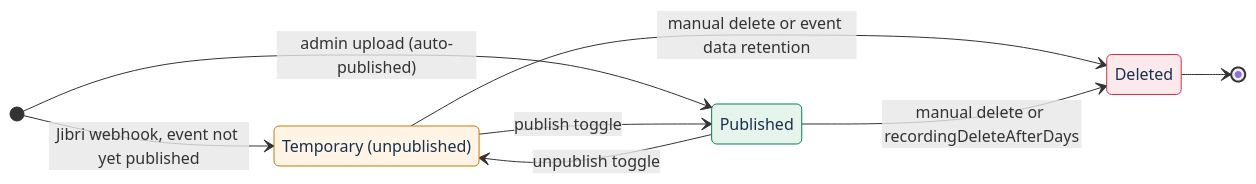
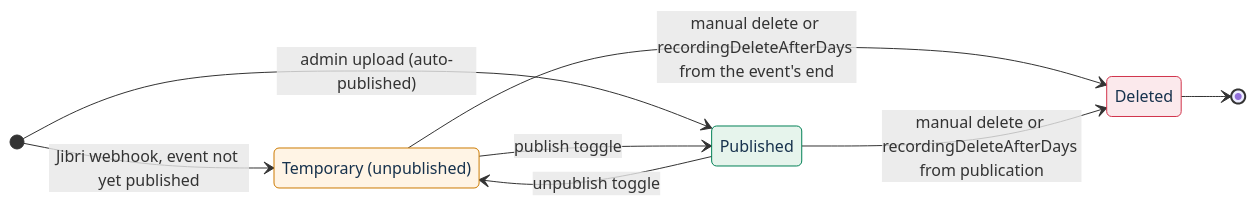
Before and after one commit to italia/pa-webinar: the fifth of 5 diagrams in docs/architecture/recording.md, drawn with Mermaid. The commit also changed other lines of this file and 13 other files, not shown here.

````diff
--- a/docs/architecture/recording.md
+++ b/docs/architecture/recording.md
@@ -794,22 +794,22 @@
 ```mermaid
 stateDiagram-v2
   direction LR
   state "Temporary (unpublished)" as Temporary
   state "Published" as Published
   state "Deleted" as Deleted
 
   [*] --> Temporary: Jibri webhook, event not yet published
   [*] --> Published: admin upload (auto-published)
   Temporary --> Published: publish toggle
   Published --> Temporary: unpublish toggle
-  Temporary --> Deleted: manual delete or event data retention
-  Published --> Deleted: manual delete or recordingDeleteAfterDays
+  Temporary --> Deleted: manual delete or recordingDeleteAfterDays from the event's end
+  Published --> Deleted: manual delete or recordingDeleteAfterDays from publication
   Deleted --> [*]
 
   classDef temp fill:#FFF4E5,stroke:#CC7A00,color:#17324D
   classDef pub fill:#E6F4EC,stroke:#008055,color:#17324D
   classDef gone fill:#FBE9EC,stroke:#D1344C,color:#17324D
   class Temporary temp
   class Published pub
   class Deleted gone
 ```
````
